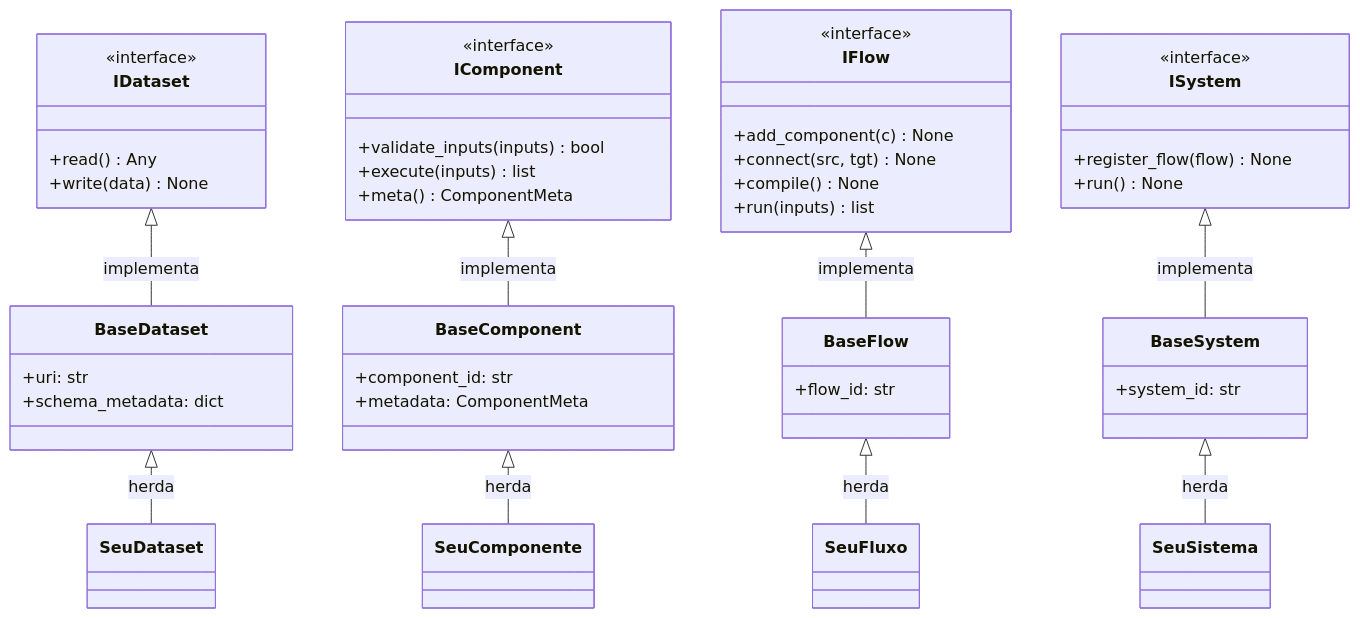
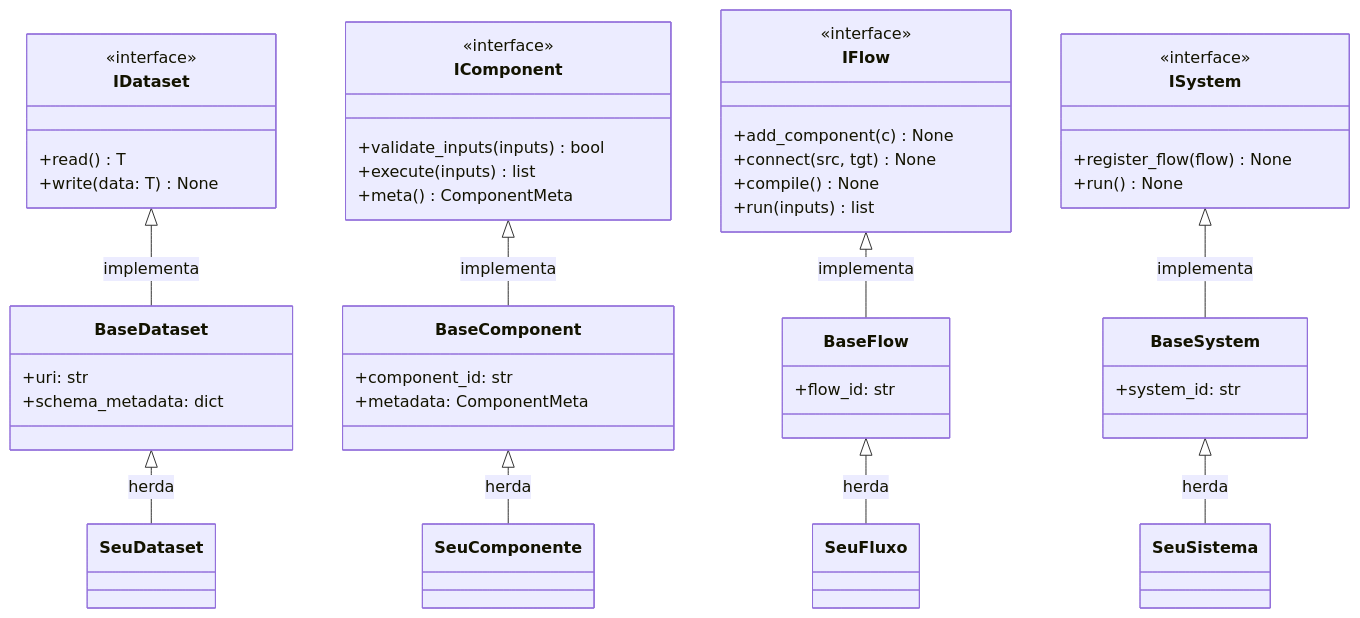
Before and after one commit to antunes-hq/aptdata-flow-os: the second of 4 diagrams in docs/architecture.md, drawn with Mermaid. The commit also changed other lines of this file and 2 other files, not shown here.

````diff
--- a/docs/architecture.md
+++ b/docs/architecture.md
@@ -27,51 +27,51 @@
 ```mermaid
 classDiagram
     class IDataset {
         <<interface>>
-        +read() Any
-        +write(data) None
+        +read() T
+        +write(data: T) None
     }
     class IComponent {
         <<interface>>
         +validate_inputs(inputs) bool
         +execute(inputs) list
         +meta() ComponentMeta
     }
     class IFlow {
         <<interface>>
         +add_component(c) None
         +connect(src, tgt) None
         +compile() None
         +run(inputs) list
     }
     class ISystem {
         <<interface>>
         +register_flow(flow) None
         +run() None
     }
 
     class BaseDataset {
         +uri: str
         +schema_metadata: dict
     }
     class BaseComponent {
         +component_id: str
         +metadata: ComponentMeta
     }
     class BaseFlow {
         +flow_id: str
     }
     class BaseSystem {
         +system_id: str
     }
 
     IDataset <|-- BaseDataset : implementa
     IComponent <|-- BaseComponent : implementa
     IFlow <|-- BaseFlow : implementa
     ISystem <|-- BaseSystem : implementa
 
     BaseDataset <|-- SeuDataset : herda
     BaseComponent <|-- SeuComponente : herda
     BaseFlow <|-- SeuFluxo : herda
     BaseSystem <|-- SeuSistema : herda
 ```
````
